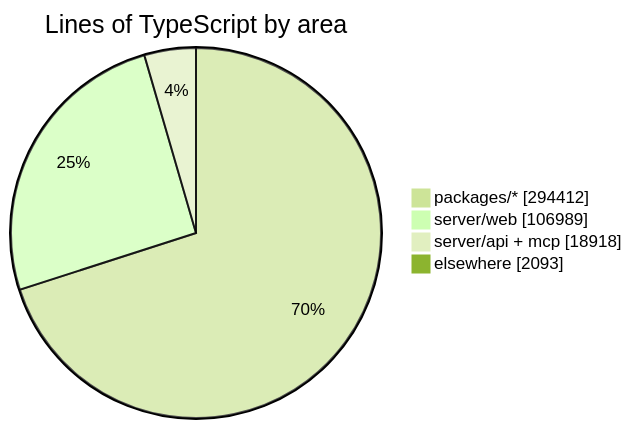
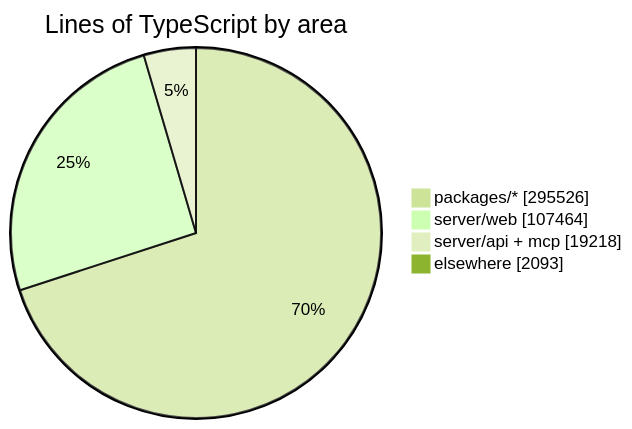
The diagram in README.md (crossworks-engineering/mantle), drawn with Mermaid (forest theme) before and after one commit. The commit also changed other lines of this file and 2 other files, not shown here.

````diff
--- a/README.md
+++ b/README.md
@@ -294,7 +294,7 @@
 ```mermaid
 pie showData title Lines of TypeScript by area
-    "packages/*" : 294412
-    "server/web" : 106989
-    "server/api + mcp" : 18918
+    "packages/*" : 295526
+    "server/web" : 107464
+    "server/api + mcp" : 19218
     "elsewhere" : 2093
 ```
````
